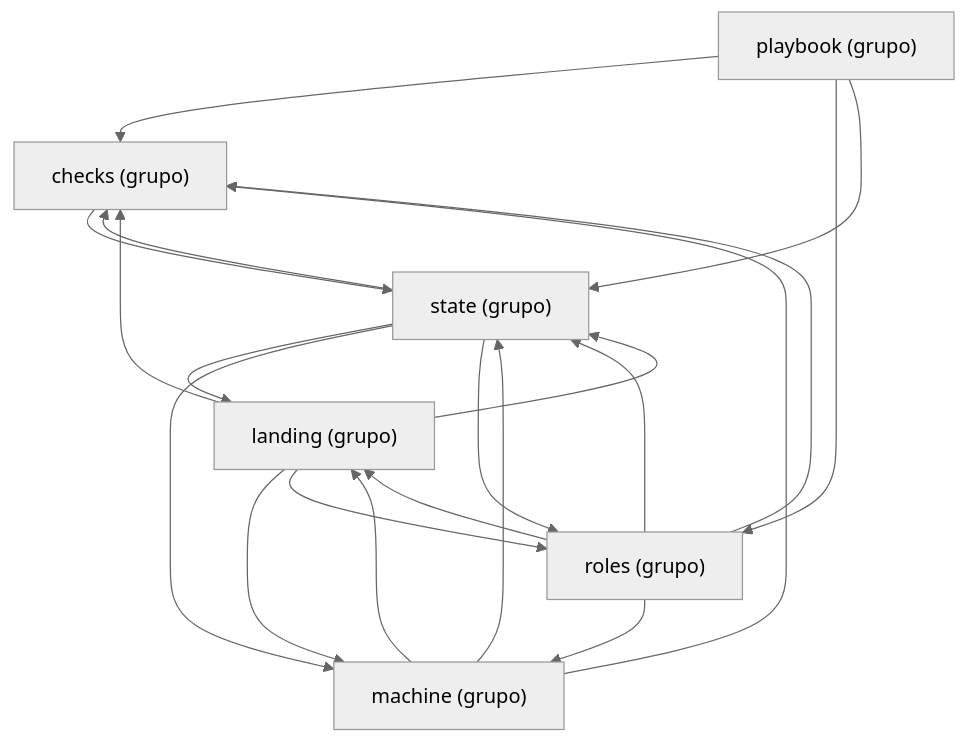
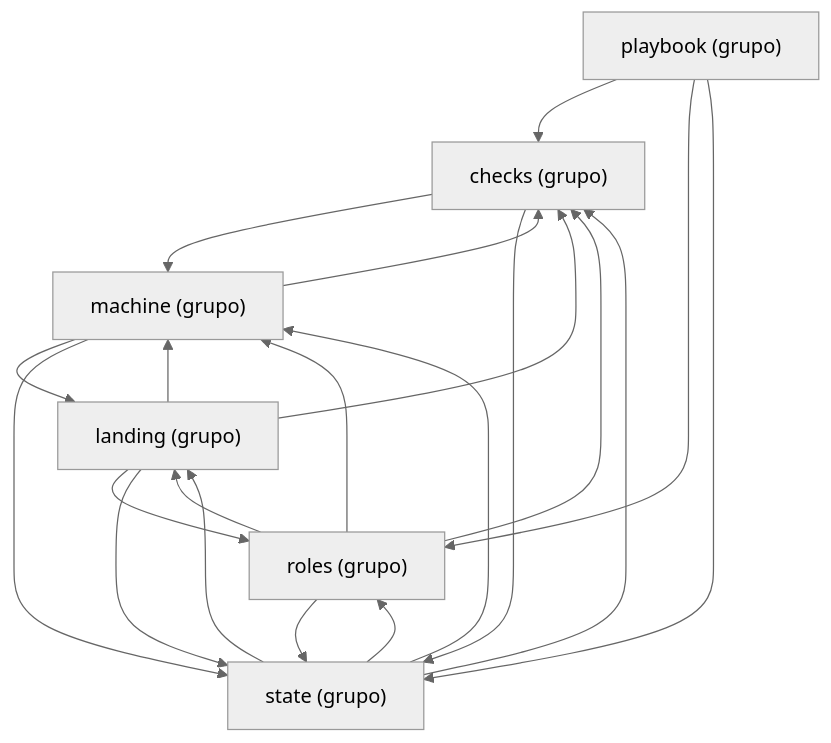
One commit to GonzaloZevallos/agentic-system changed the diagram in docs/architecture/generated/packages-process-domain.md. Above: the diagram before and after it, drawn with Mermaid (neutral theme). The commit also changed 10 other files, not shown here.

````diff
--- a/docs/architecture/generated/packages-process-domain.md
+++ b/docs/architecture/generated/packages-process-domain.md
@@ -24,28 +24,29 @@
 ```mermaid
 graph TD
     g_domain__checks["checks (grupo)"]
     g_domain__landing["landing (grupo)"]
     g_domain__machine["machine (grupo)"]
     g_domain__playbook["playbook (grupo)"]
     g_domain__roles["roles (grupo)"]
     g_domain__state["state (grupo)"]
+    g_domain__checks --> g_domain__machine
     g_domain__checks --> g_domain__state
     g_domain__landing --> g_domain__checks
     g_domain__landing --> g_domain__machine
     g_domain__landing --> g_domain__roles
     g_domain__landing --> g_domain__state
     g_domain__machine --> g_domain__checks
     g_domain__machine --> g_domain__landing
     g_domain__machine --> g_domain__state
     g_domain__playbook --> g_domain__checks
     g_domain__playbook --> g_domain__roles
     g_domain__playbook --> g_domain__state
     g_domain__roles --> g_domain__checks
     g_domain__roles --> g_domain__landing
     g_domain__roles --> g_domain__machine
     g_domain__roles --> g_domain__state
     g_domain__state --> g_domain__checks
     g_domain__state --> g_domain__landing
     g_domain__state --> g_domain__machine
     g_domain__state --> g_domain__roles
 ```
````
